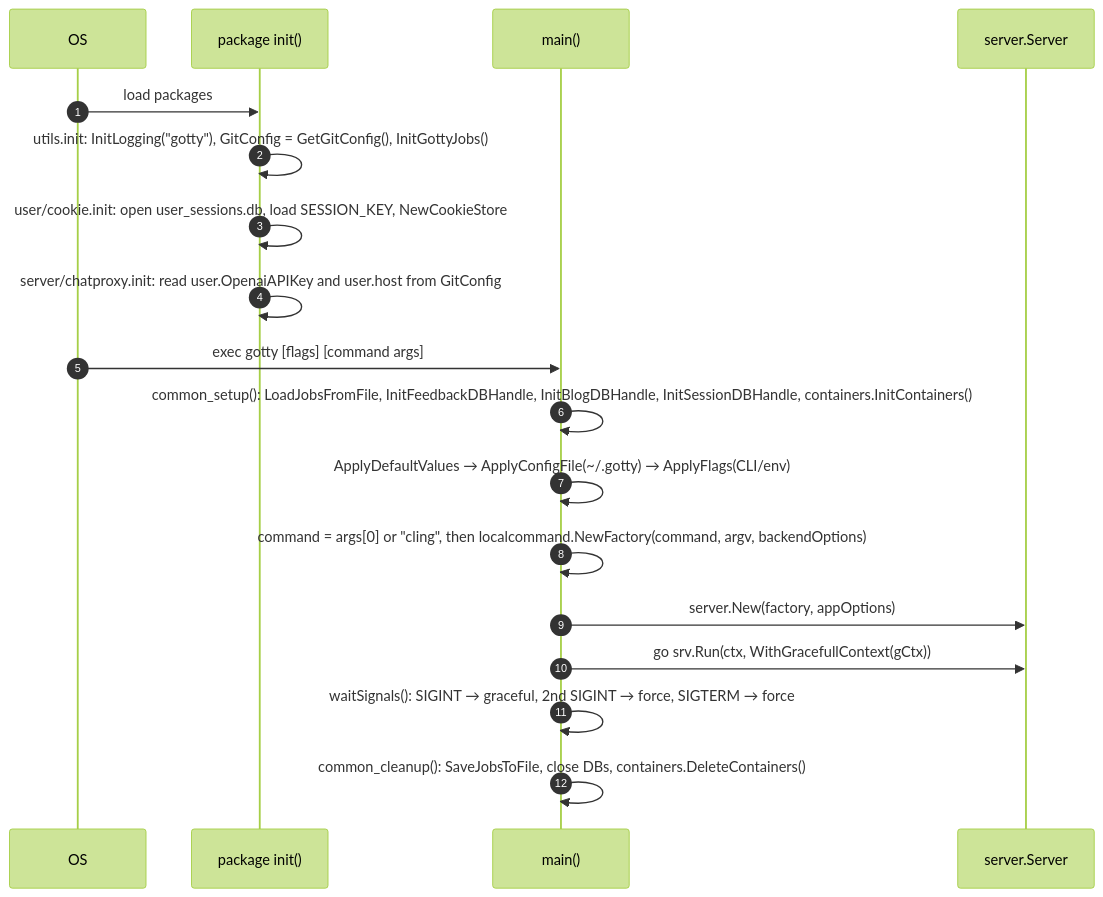
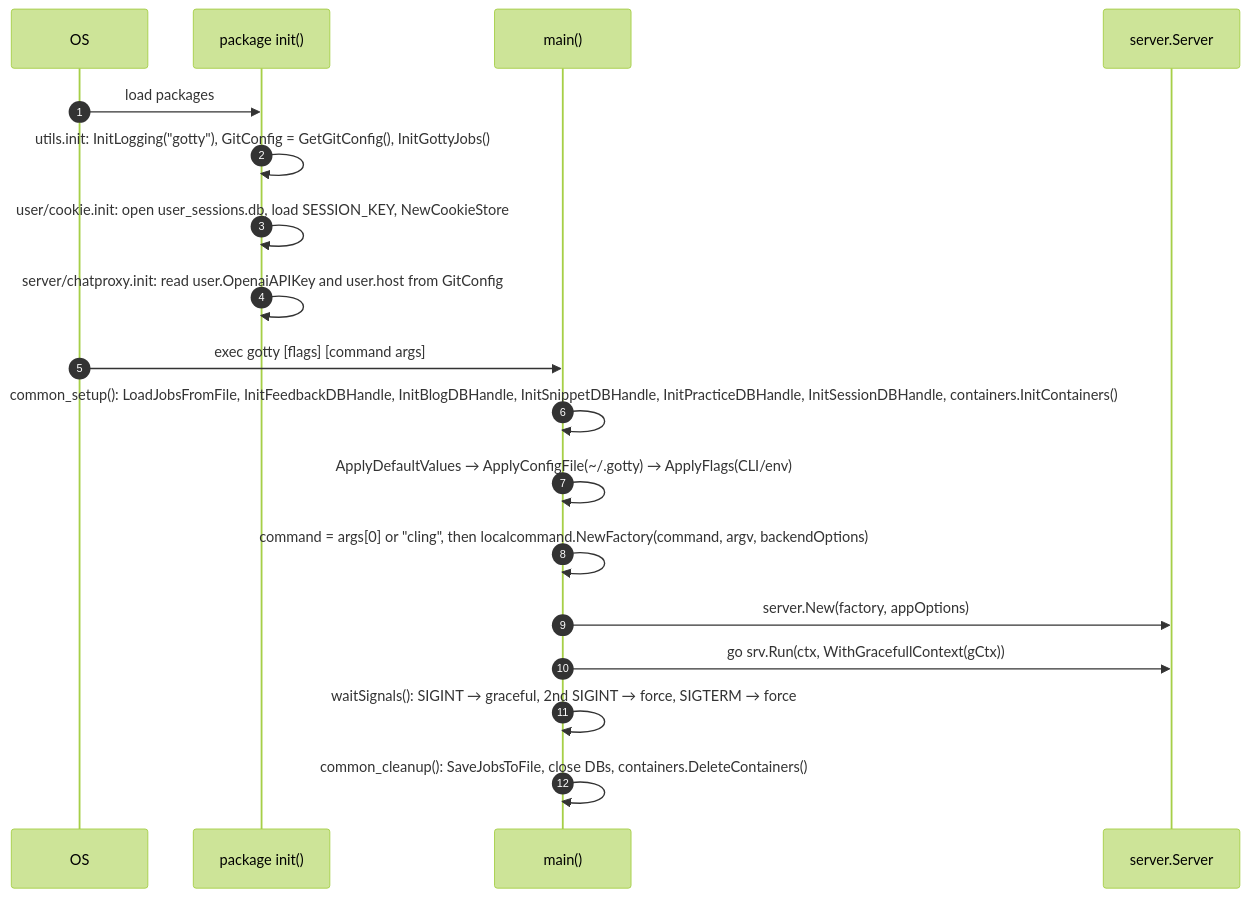
One commit to vickeykumar/openrepl changed the first of 2 diagrams in docs/lld/01-server-and-routing.md. Above: the diagram before and after it, drawn with Mermaid (forest theme). The commit also changed other lines of this file and 78 other files, not shown here.

````diff
--- a/docs/lld/01-server-and-routing.md
+++ b/docs/lld/01-server-and-routing.md
@@ -7,20 +7,20 @@
 ```mermaid
 sequenceDiagram
     autonumber
     participant OS
     participant Init as package init()
     participant Main as main()
     participant Srv as server.Server
     OS->>Init: load packages
     Init->>Init: utils.init: InitLogging("gotty"), GitConfig = GetGitConfig(), InitGottyJobs()
     Init->>Init: user/cookie.init: open user_sessions.db, load SESSION_KEY, NewCookieStore
     Init->>Init: server/chatproxy.init: read user.OpenaiAPIKey and user.host from GitConfig
     OS->>Main: exec gotty [flags] [command args]
-    Main->>Main: common_setup(): LoadJobsFromFile, InitFeedbackDBHandle, InitBlogDBHandle, InitSessionDBHandle, containers.InitContainers()
+    Main->>Main: common_setup(): LoadJobsFromFile, InitFeedbackDBHandle, InitBlogDBHandle, InitSnippetDBHandle, InitPracticeDBHandle, InitSessionDBHandle, containers.InitContainers()
     Main->>Main: ApplyDefaultValues → ApplyConfigFile(~/.gotty) → ApplyFlags(CLI/env)
     Main->>Main: command = args[0] or "cling", then localcommand.NewFactory(command, argv, backendOptions)
     Main->>Srv: server.New(factory, appOptions)
     Main->>Srv: go srv.Run(ctx, WithGracefullContext(gCtx))
     Main->>Main: waitSignals(): SIGINT → graceful, 2nd SIGINT → force, SIGTERM → force
     Main->>Main: common_cleanup(): SaveJobsToFile, close DBs, containers.DeleteContainers()
 ```
````
